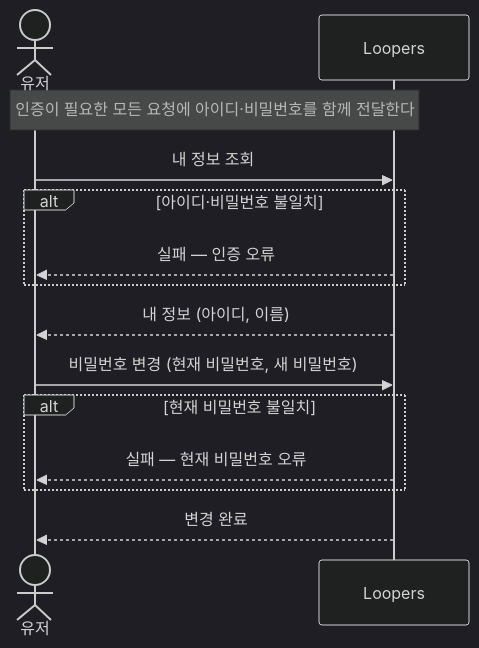
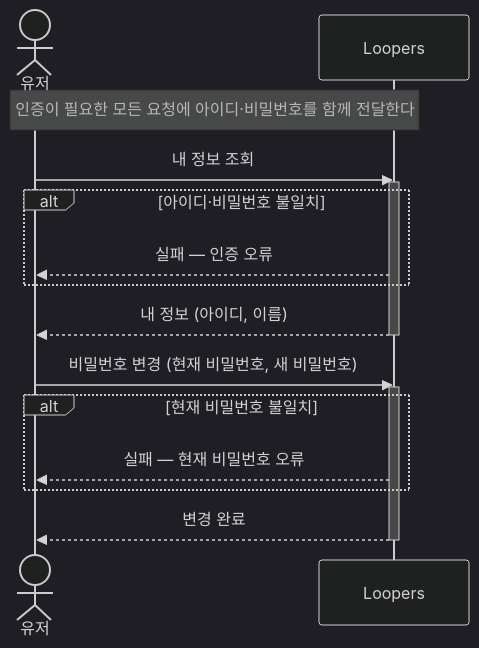
Before and after one commit to loopers-labs/loop-pack-be-l2-vol4-java: the second of 8 diagrams in .docs/design/02-sequence-diagrams-overview.md, drawn with Mermaid (dark theme). The commit also changed other lines of this file and 5 other files, not shown here.

````diff
--- a/.docs/design/02-sequence-diagrams-overview.md
+++ b/.docs/design/02-sequence-diagrams-overview.md
@@ -45,19 +47,23 @@
 ```mermaid
 sequenceDiagram
     actor 유저
     participant 서비스 as Loopers
 
     Note over 유저,서비스: 인증이 필요한 모든 요청에 아이디·비밀번호를 함께 전달한다
 
     유저->>서비스: 내 정보 조회
+    activate 서비스
     alt 아이디·비밀번호 불일치
         서비스-->>유저: 실패 — 인증 오류
     end
     서비스-->>유저: 내 정보 (아이디, 이름)
+    deactivate 서비스
 
     유저->>서비스: 비밀번호 변경 (현재 비밀번호, 새 비밀번호)
+    activate 서비스
     alt 현재 비밀번호 불일치
         서비스-->>유저: 실패 — 현재 비밀번호 오류
     end
     서비스-->>유저: 변경 완료
+    deactivate 서비스
 ```
````
